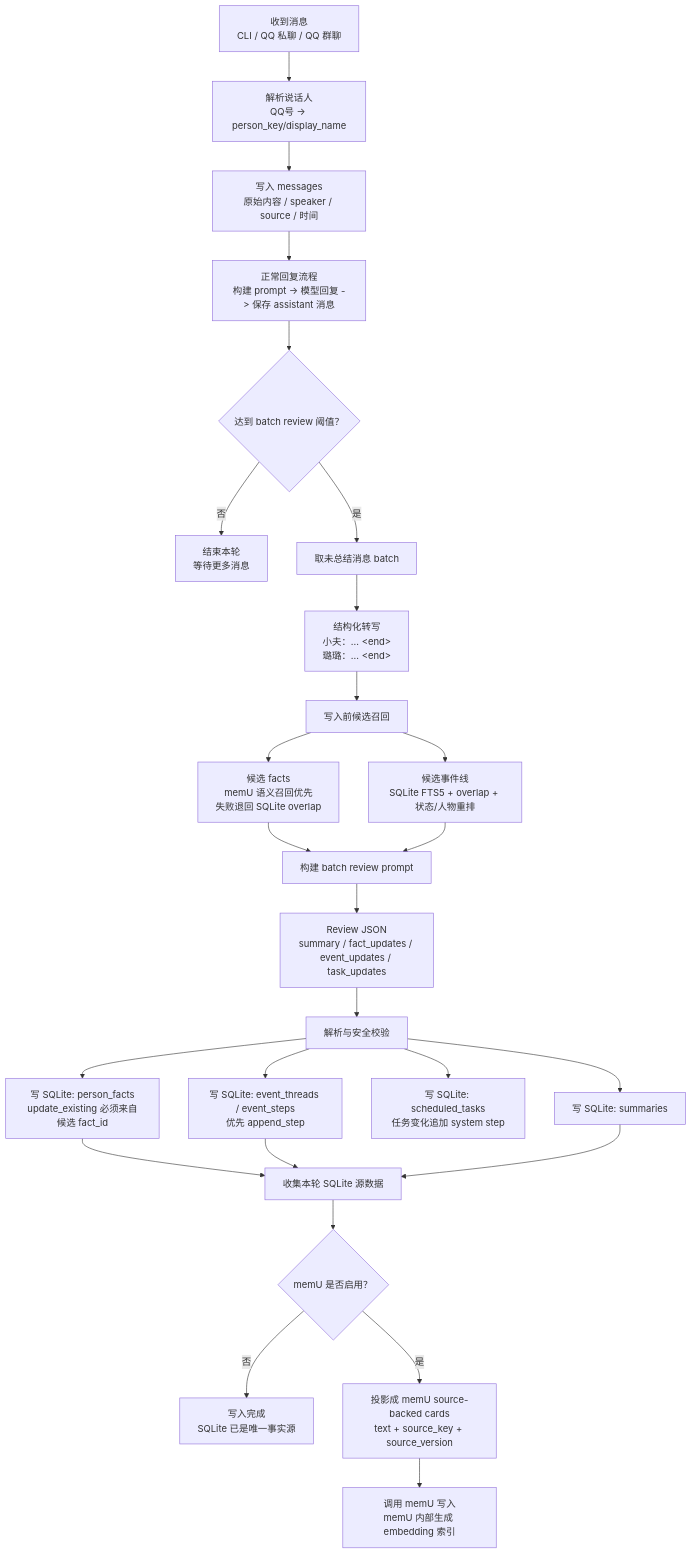
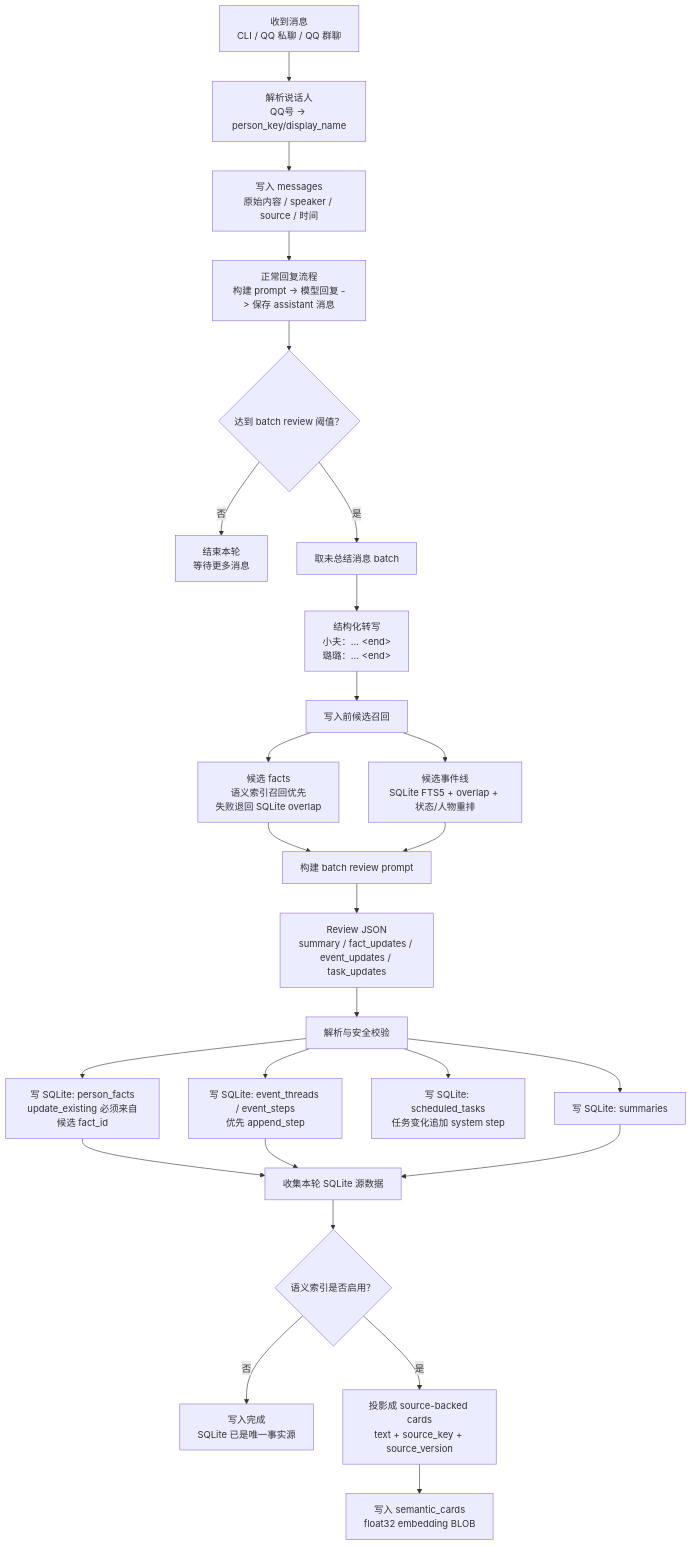
The first of 4 diagrams in README.md (milkmilki/PuPuBot), drawn with Mermaid before and after one commit. The commit also changed other lines of this file and 58 other files, not shown here.

````diff
--- a/README.md
+++ b/README.md
@@ -55,28 +55,28 @@
 ```mermaid
 flowchart TD
     A["收到消息<br/>CLI / QQ 私聊 / QQ 群聊"] --> B["解析说话人<br/>QQ号 -> person_key/display_name"]
     B --> C["写入 messages<br/>原始内容 / speaker / source / 时间"]
     C --> D["正常回复流程<br/>构建 prompt -> 模型回复 -> 保存 assistant 消息"]
     D --> E{"达到 batch review 阈值？"}
     E -- "否" --> Z["结束本轮<br/>等待更多消息"]
     E -- "是" --> F["取未总结消息 batch"]
     F --> G["结构化转写<br/>小夫：... &lt;end&gt;<br/>璐璐：... &lt;end&gt;"]
     G --> H["写入前候选召回"]
-    H --> H1["候选 facts<br/>memU 语义召回优先<br/>失败退回 SQLite overlap"]
+    H --> H1["候选 facts<br/>语义索引召回优先<br/>失败退回 SQLite overlap"]
     H --> H2["候选事件线<br/>SQLite FTS5 + overlap + 状态/人物重排"]
     H1 --> I["构建 batch review prompt"]
     H2 --> I
     I --> J["Review JSON<br/>summary / fact_updates / event_updates / task_updates"]
     J --> K["解析与安全校验"]
     K --> L1["写 SQLite: person_facts<br/>update_existing 必须来自候选 fact_id"]
     K --> L2["写 SQLite: event_threads / event_steps<br/>优先 append_step"]
     K --> L3["写 SQLite: scheduled_tasks<br/>任务变化追加 system step"]
     K --> L4["写 SQLite: summaries"]
     L1 --> M["收集本轮 SQLite 源数据"]
     L2 --> M
     L4 --> M
-    M --> N{"memU 是否启用？"}
+    M --> N{"语义索引是否启用？"}
     N -- "否" --> O["写入完成<br/>SQLite 已是唯一事实源"]
-    N -- "是" --> P["投影成 memU source-backed cards<br/>text + source_key + source_version"]
-    P --> Q["调用 memU 写入<br/>memU 内部生成 embedding 索引"]
+    N -- "是" --> P["投影成 source-backed cards<br/>text + source_key + source_version"]
+    P --> Q["写入 semantic_cards<br/>float32 embedding BLOB"]
 ```
````
